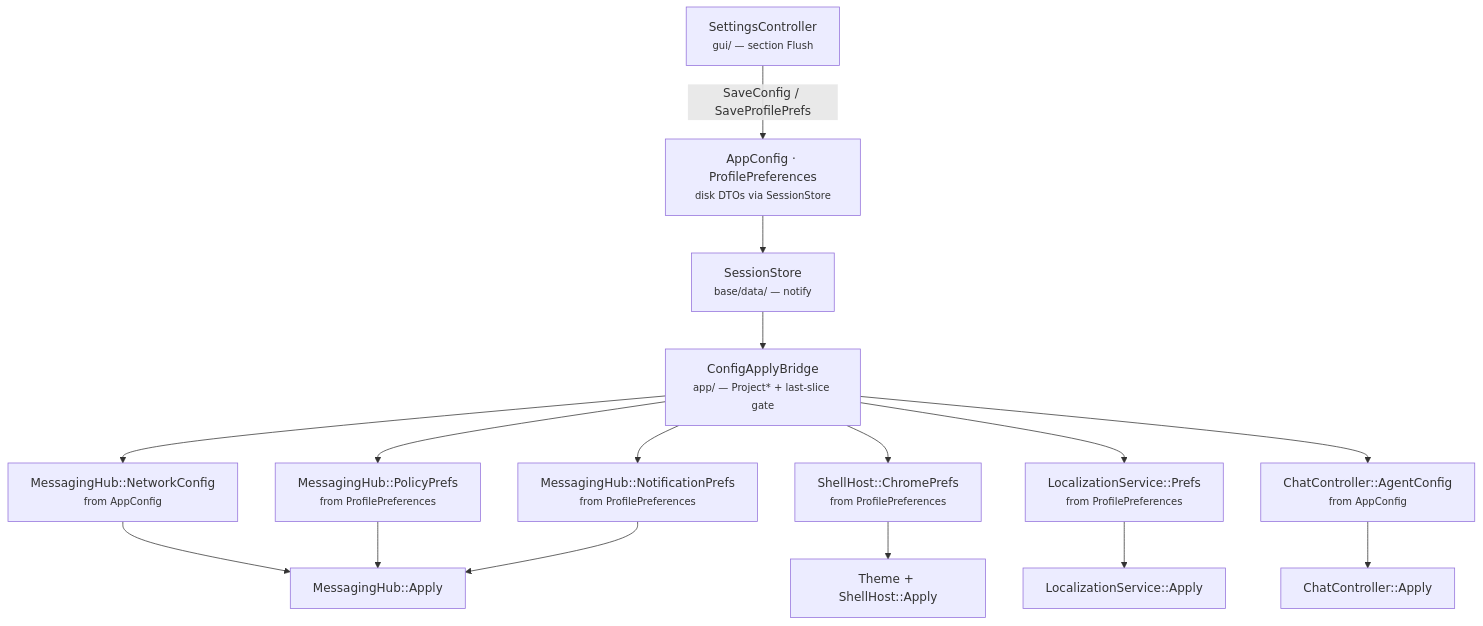
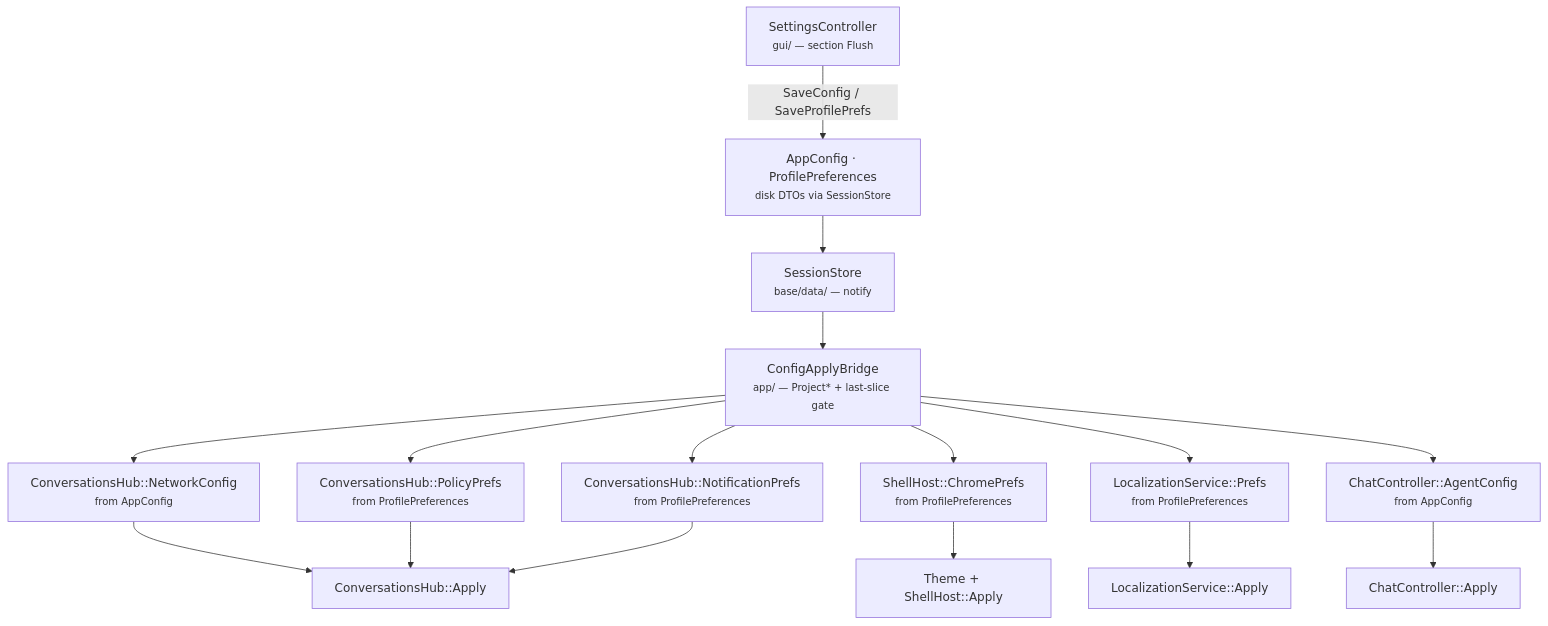
Before and after one commit to people-post/pp-browser: the third of 4 diagrams in docs/architecture/RUNTIME_COMPOSITION.md, drawn with Mermaid. The commit also changed other lines of this file and 280 other files, not shown here.

First line of the commit message:
refactor: rename feature/messaging to feature/conversations

````diff
--- a/docs/architecture/RUNTIME_COMPOSITION.md
+++ b/docs/architecture/RUNTIME_COMPOSITION.md
@@ -189,25 +189,25 @@
 ```mermaid
 flowchart TB
   UI["SettingsController<br/><small>gui/ — section Flush</small>"]
   Disk["AppConfig · ProfilePreferences<br/><small>disk DTOs via SessionStore</small>"]
   Store["SessionStore<br/><small>base/data/ — notify</small>"]
   Bridge["ConfigApplyBridge<br/><small>app/ — Project* + last-slice gate</small>"]
 
   UI -->|SaveConfig / SaveProfilePrefs| Disk
   Disk --> Store
   Store --> Bridge
 
-  Bridge --> N["MessagingHub::NetworkConfig<br/><small>from AppConfig</small>"]
-  Bridge --> P["MessagingHub::PolicyPrefs<br/><small>from ProfilePreferences</small>"]
-  Bridge --> Push["MessagingHub::NotificationPrefs<br/><small>from ProfilePreferences</small>"]
+  Bridge --> N["ConversationsHub::NetworkConfig<br/><small>from AppConfig</small>"]
+  Bridge --> P["ConversationsHub::PolicyPrefs<br/><small>from ProfilePreferences</small>"]
+  Bridge --> Push["ConversationsHub::NotificationPrefs<br/><small>from ProfilePreferences</small>"]
   Bridge --> C["ShellHost::ChromePrefs<br/><small>from ProfilePreferences</small>"]
   Bridge --> L["LocalizationService::Prefs<br/><small>from ProfilePreferences</small>"]
   Bridge --> A["ChatController::AgentConfig<br/><small>from AppConfig</small>"]
 
-  N --> HubA["MessagingHub::Apply"]
+  N --> HubA["ConversationsHub::Apply"]
   P --> HubA
   Push --> HubA
   C --> ShellA["Theme + ShellHost::Apply"]
   L --> LocA["LocalizationService::Apply"]
   A --> ChatA["ChatController::Apply"]
 ```
````
